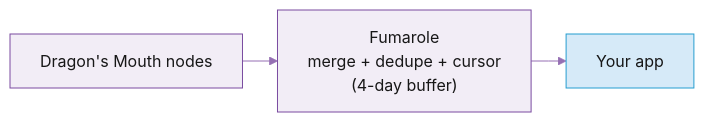
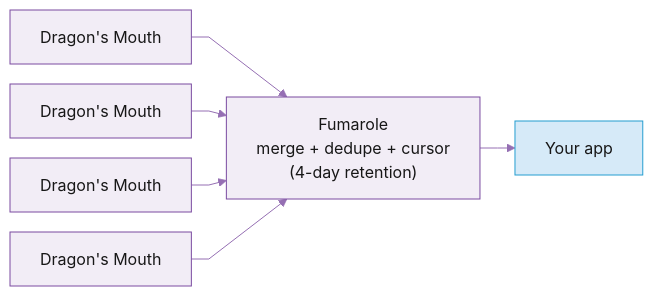
Before and after one commit to praptisharma28/triton-docs-v5: the diagram in documentation/real-time-streaming/fumarole-persistent-streams.md, drawn with Mermaid. The commit also changed other lines of this file, not shown here.

Commit message:
Fumarole: USP-first intro; Use cases (with what-not-to-use folded in) before Features and benefits (blog-sourced cards); How it works as 1-2-3 + 4-node aggregation diagram; regional sub-headings to H3; remove Resources; fix method table (drop CreateStaticConsumerGroup, not in current proto)

````diff
--- a/documentation/real-time-streaming/fumarole-persistent-streams.md
+++ b/documentation/real-time-streaming/fumarole-persistent-streams.md
@@ -49,6 +47,10 @@
 ```mermaid
 %%{init: {'theme':'base','themeVariables':{'primaryColor':'#F2EDF6','primaryBorderColor':'#7A4BA0','primaryTextColor':'#171717','lineColor':'#956FB3','secondaryColor':'#E4DBEC','tertiaryColor':'#D7C9E3','edgeLabelBackground':'#F2EDF6'},'flowchart':{'nodeSpacing':20,'rankSpacing':35,'curve':'linear'}}}%%
 flowchart LR
-    nodes["Dragon's Mouth nodes"] --> f["Fumarole<br/>merge + dedupe + cursor<br/>(4-day buffer)"] --> you["Your app"]
+    n1["Dragon's Mouth"] --> f
+    n2["Dragon's Mouth"] --> f
+    n3["Dragon's Mouth"] --> f
+    n4["Dragon's Mouth"] --> f["Fumarole<br/>merge + dedupe + cursor<br/>(4-day retention)"]
+    f --> you["Your app"]
     style you fill:#D6EAF8,stroke:#259DD0
 ```
````
